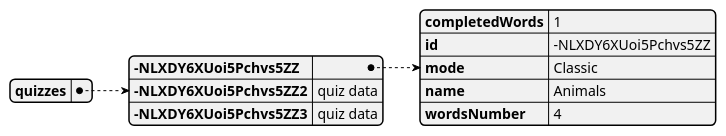
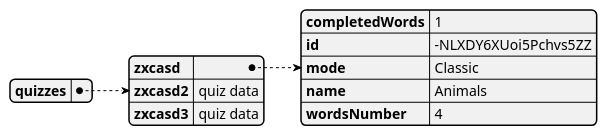
The diagram in diagrams/data structure/quizzes.puml (Reggar66/Simple-words), drawn with PlantUML before and after one commit. The commit also changed 1 other file, not shown here.

Commit message:
some diagrams

```diff
--- a/diagrams/data structure/quizzes.puml
+++ b/diagrams/data structure/quizzes.puml
@@ -1,15 +1,15 @@
 @startjson
 {
 "quizzes": {
-      "-NLXDY6XUoi5Pchvs5ZZ": {
+      "zxcasd": {
         "completedWords": 1,
         "id": "-NLXDY6XUoi5Pchvs5ZZ",
         "mode": "Classic",
         "name": "Animals",
         "wordsNumber": 4
       },
-      "-NLXDY6XUoi5Pchvs5ZZ2":"quiz data",
-      "-NLXDY6XUoi5Pchvs5ZZ3":"quiz data"
+      "zxcasd2":"quiz data",
+      "zxcasd3":"quiz data"
     }
 }
 @endjson
```
